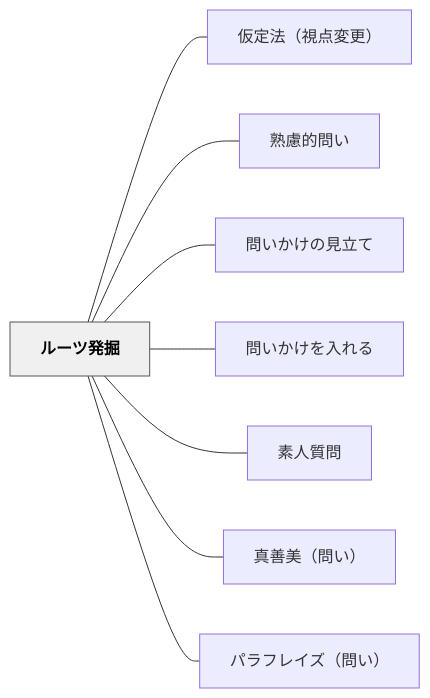
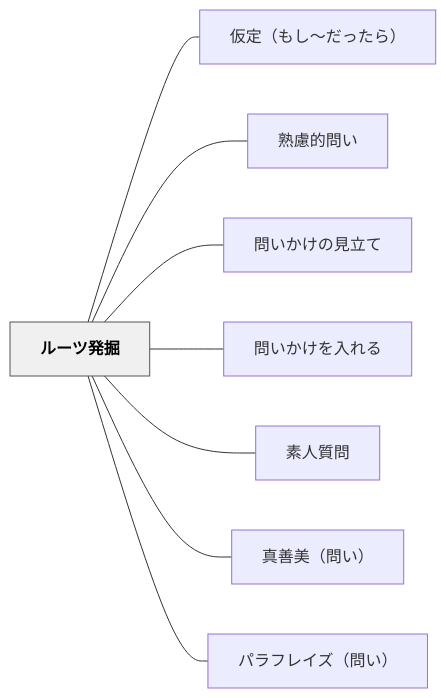
The diagram in content/パタン/ルーツ発掘.md (unknownthings-ed-patterns/unknownthings-ed-patterns), drawn with Mermaid before and after one commit. The commit also changed other lines of this file and 16 other files, not shown here.

````diff
--- a/content/パタン/ルーツ発掘.md
+++ b/content/パタン/ルーツ発掘.md
@@ -74,22 +74,22 @@
 ```mermaid
 flowchart LR
     ne383abe383bce38384e799bae68e98["ルーツ発掘"]
-    ne4bbaee5ae9ae6b395efbc88e8a696e782b9e5a489e69bb4efbc89["仮定法（視点変更）"]
+    ne4bbaee5ae9aefbc88e38282e38197e3809ce381a0e381a3e3819fe38289efbc89["仮定（もし〜だったら）"]
     ne7869fe685aee79a84e5958fe38184["熟慮的問い"]
     ne5958fe38184e3818be38191e381aee8a68be7ab8be381a6["問いかけの見立て"]
     ne5958fe38184e3818be38191e38292e585a5e3828ce3828b["問いかけを入れる"]
     ne7b4a0e4babae8b3aae5958f["素人質問"]
     ne79c9fe59684e7be8eefbc88e5958fe38184efbc89["真善美（問い）"]
     ne38391e383a9e38395e383ace382a4e382baefbc88e5958fe38184efbc89["パラフレイズ（問い）"]
 
-    ne383abe383bce38384e799bae68e98 --- ne4bbaee5ae9ae6b395efbc88e8a696e782b9e5a489e69bb4efbc89
+    ne383abe383bce38384e799bae68e98 --- ne4bbaee5ae9aefbc88e38282e38197e3809ce381a0e381a3e3819fe38289efbc89
     ne383abe383bce38384e799bae68e98 --- ne7869fe685aee79a84e5958fe38184
     ne383abe383bce38384e799bae68e98 --- ne5958fe38184e3818be38191e381aee8a68be7ab8be381a6
     ne383abe383bce38384e799bae68e98 --- ne5958fe38184e3818be38191e38292e585a5e3828ce3828b
     ne383abe383bce38384e799bae68e98 --- ne7b4a0e4babae8b3aae5958f
     ne383abe383bce38384e799bae68e98 --- ne79c9fe59684e7be8eefbc88e5958fe38184efbc89
     ne383abe383bce38384e799bae68e98 --- ne38391e383a9e38395e383ace382a4e382baefbc88e5958fe38184efbc89
 
     classDef hub fill:#f0f0f0,stroke:#555,color:#000,font-weight:bold
     class ne383abe383bce38384e799bae68e98 hub
 ```
````
